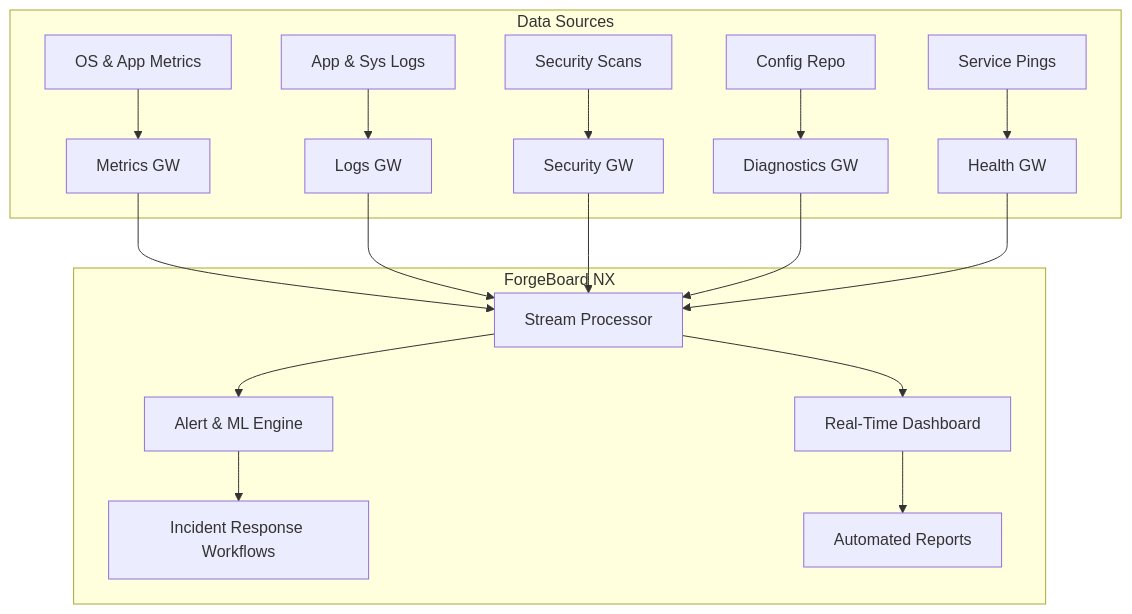
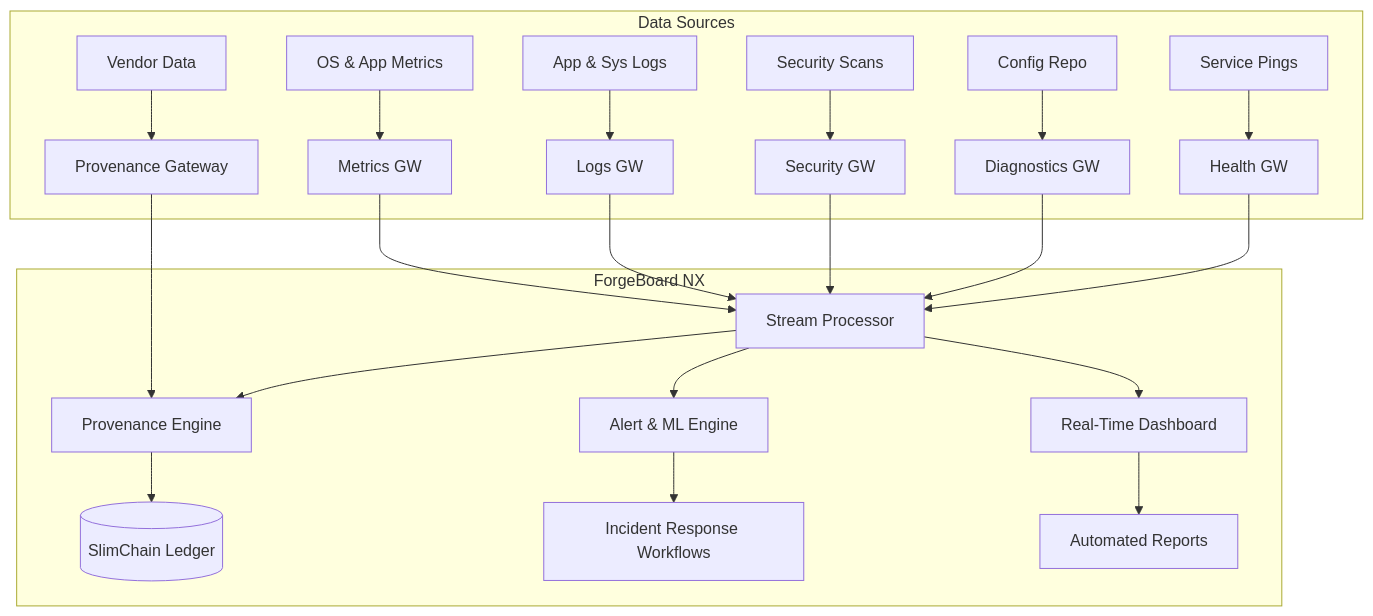
One commit to JeffreySanford/forge-board changed the diagram in forgeboard-frontend/src/assets/documentation/FedRAMP/REV5.md. Above: the diagram before and after it, drawn with Mermaid. The commit also changed other lines of this file and 13 other files, not shown here.

````diff
--- a/forgeboard-frontend/src/assets/documentation/FedRAMP/REV5.md
+++ b/forgeboard-frontend/src/assets/documentation/FedRAMP/REV5.md
@@ -77,22 +84,26 @@
 ```mermaid
 flowchart TB
   subgraph Data Sources
     OS[OS & App Metrics] --> MetricsGW
     AppLogs[App & Sys Logs] --> LogsGW
     Scanner[Security Scans] --> SecurityGW
     ConfigDB[Config Repo] --> DiagnosticsGW
     HealthChecks[Service Pings] --> HealthGW
+    Vendors[Vendor Data] --> ProvGW[Provenance Gateway]
   end
   subgraph ForgeBoard NX
     MetricsGW[Metrics GW]
     LogsGW[Logs GW]
     SecurityGW[Security GW]
     DiagnosticsGW[Diagnostics GW]
     HealthGW[Health GW]
+    ProvGW --> ProvenanceEngine[Provenance Engine]
     MetricsGW & LogsGW & SecurityGW & DiagnosticsGW & HealthGW --> StreamProc[Stream Processor]
+    StreamProc --> ProvenanceEngine
     StreamProc --> AlertEng[Alert & ML Engine]
     StreamProc --> Dashboard[Real-Time Dashboard]
+    ProvenanceEngine --> SlimChain[(SlimChain Ledger)]
     AlertEng --> IR[Incident Response Workflows]
     Dashboard --> ExecRpt[Automated Reports]
   end
 ```
````
